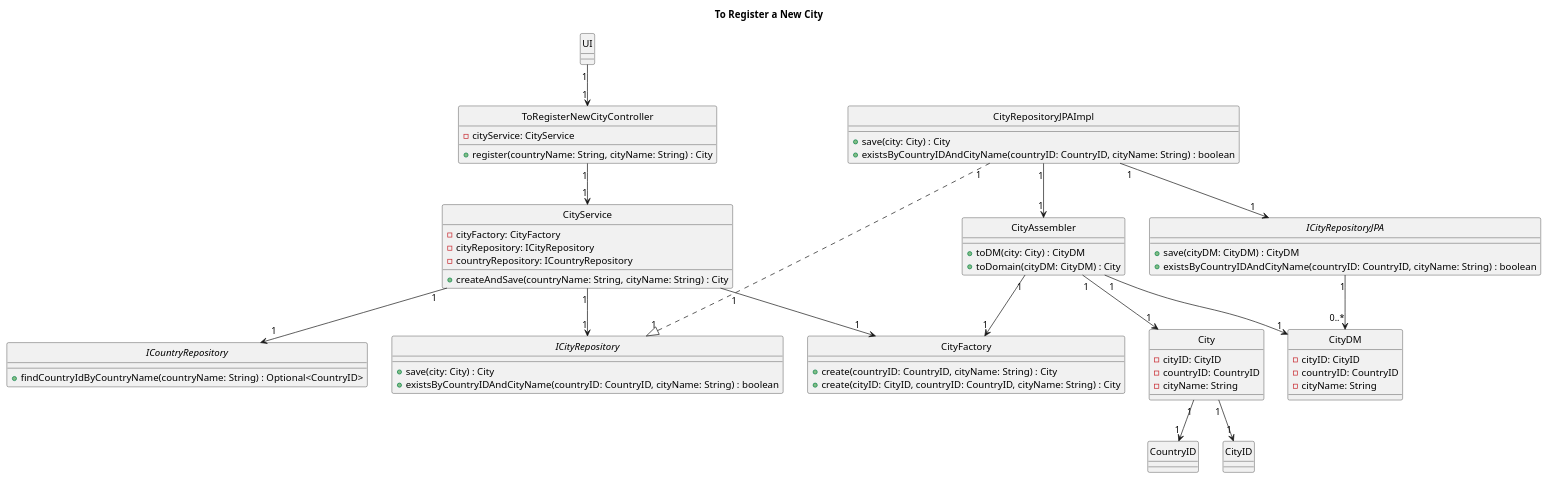
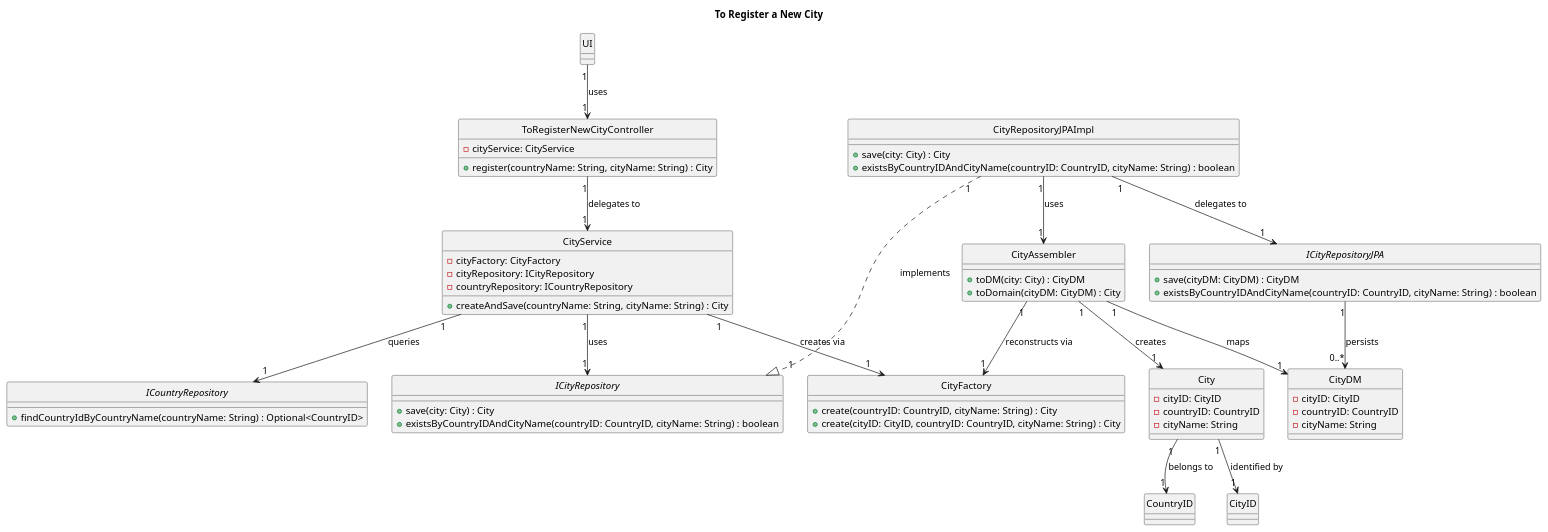
Before and after one commit to AndrePereiraGitH/SWitCH-Project-Team_A: the diagram in Diagrams/ClassDiagrams/To-register-new-city-in-the-system.puml, drawn with PlantUML.

Commit message:
docs #718: small fix to class diagram

```diff
--- a/Diagrams/ClassDiagrams/To-register-new-city-in-the-system.puml
+++ b/Diagrams/ClassDiagrams/To-register-new-city-in-the-system.puml
@@ -1,88 +1,88 @@
 @startuml
 hide circle
 title To Register a New City
 
 class UI
 
 class ToRegisterNewCityController {
   -cityService: CityService
   +register(countryName: String, cityName: String) : City
 }
 
 class CityService {
   -cityFactory: CityFactory
   -cityRepository: ICityRepository
   -countryRepository: ICountryRepository
   +createAndSave(countryName: String, cityName: String) : City
 }
 
 class City {
   -cityID: CityID
   -countryID: CountryID
   -cityName: String
 }
 
 class CountryID
 class CityID
 
 class CityFactory {
   +create(countryID: CountryID, cityName: String) : City
   +create(cityID: CityID, countryID: CountryID, cityName: String) : City
 }
 
 interface ICityRepository {
   +save(city: City) : City
   +existsByCountryIDAndCityName(countryID: CountryID, cityName: String) : boolean
 }
 
 interface ICountryRepository {
   +findCountryIdByCountryName(countryName: String) : Optional<CountryID>
 }
 
 class CityRepositoryJPAImpl {
   +save(city: City) : City
   +existsByCountryIDAndCityName(countryID: CountryID, cityName: String) : boolean
 }
 
 interface ICityRepositoryJPA {
   +save(cityDM: CityDM) : CityDM
   +existsByCountryIDAndCityName(countryID: CountryID, cityName: String) : boolean
 }
 
 class CityAssembler {
   +toDM(city: City) : CityDM
   +toDomain(cityDM: CityDM) : City
 }
 
 class CityDM {
   -cityID: CityID
   -countryID: CountryID
   -cityName: String
 }
 
 ' =====================
-' Relationships
+' Relationships + Verbs
 ' =====================
 
-UI "1" --> "1" ToRegisterNewCityController
+UI "1" --> "1" ToRegisterNewCityController : uses
 
-ToRegisterNewCityController "1" --> "1" CityService
+ToRegisterNewCityController "1" --> "1" CityService : delegates to
 
-CityService "1" --> "1" ICityRepository
-CityService "1" --> "1" ICountryRepository
-CityService "1" --> "1" CityFactory
+CityService "1" --> "1" ICityRepository : uses
+CityService "1" --> "1" ICountryRepository : queries
+CityService "1" --> "1" CityFactory : creates via
 
-CityRepositoryJPAImpl "1" ..|> "1" ICityRepository
-CityRepositoryJPAImpl "1" --> "1" ICityRepositoryJPA
-CityRepositoryJPAImpl "1" --> "1" CityAssembler
+CityRepositoryJPAImpl "1" ..|> "1" ICityRepository : implements
+CityRepositoryJPAImpl "1" --> "1" ICityRepositoryJPA : delegates to
+CityRepositoryJPAImpl "1" --> "1" CityAssembler : uses
 
-ICityRepositoryJPA "1" --> "0..*" CityDM
+ICityRepositoryJPA "1" --> "0..*" CityDM : persists
 
-CityAssembler "1" --> "1" CityFactory
-CityAssembler "1" --> "1" City
-CityAssembler "1" --> "1" CityDM
+CityAssembler "1" --> "1" CityFactory : reconstructs via
+CityAssembler "1" --> "1" City : creates
+CityAssembler "1" --> "1" CityDM : maps
 
-City "1" --> "1" CountryID
-City "1" --> "1" CityID
+City "1" --> "1" CountryID : belongs to
+City "1" --> "1" CityID : identified by
 
 @enduml
```
